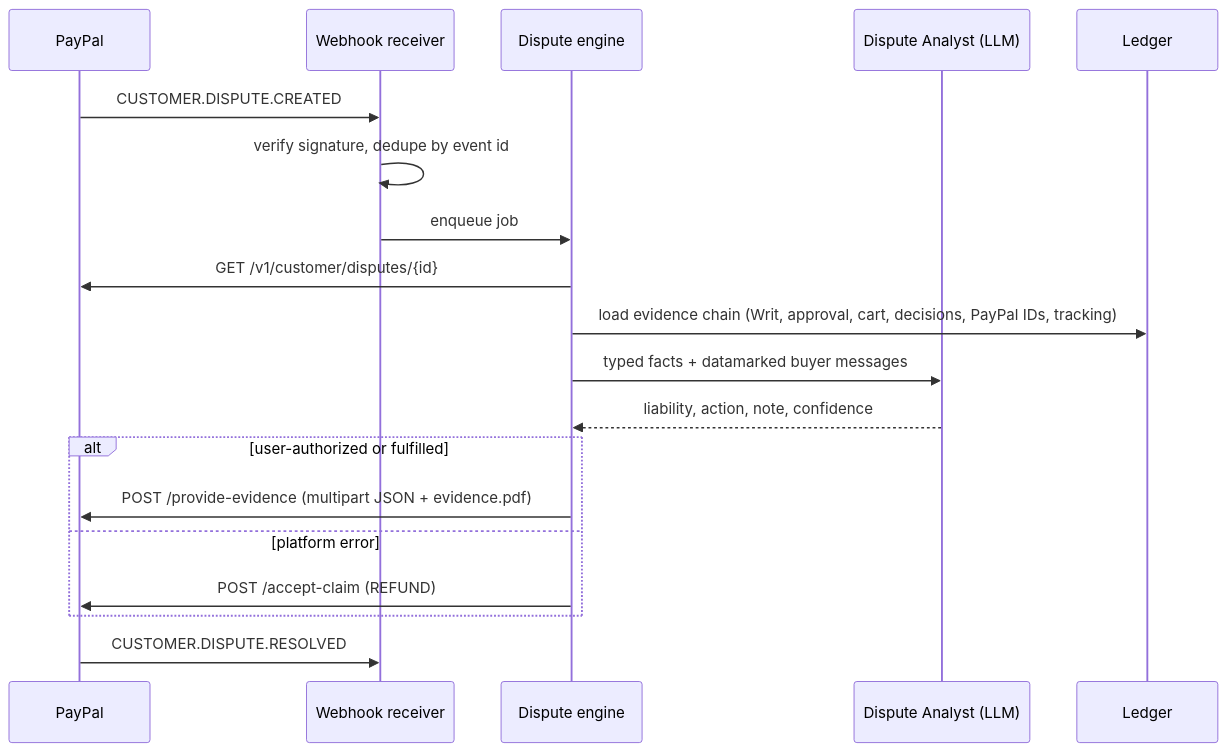
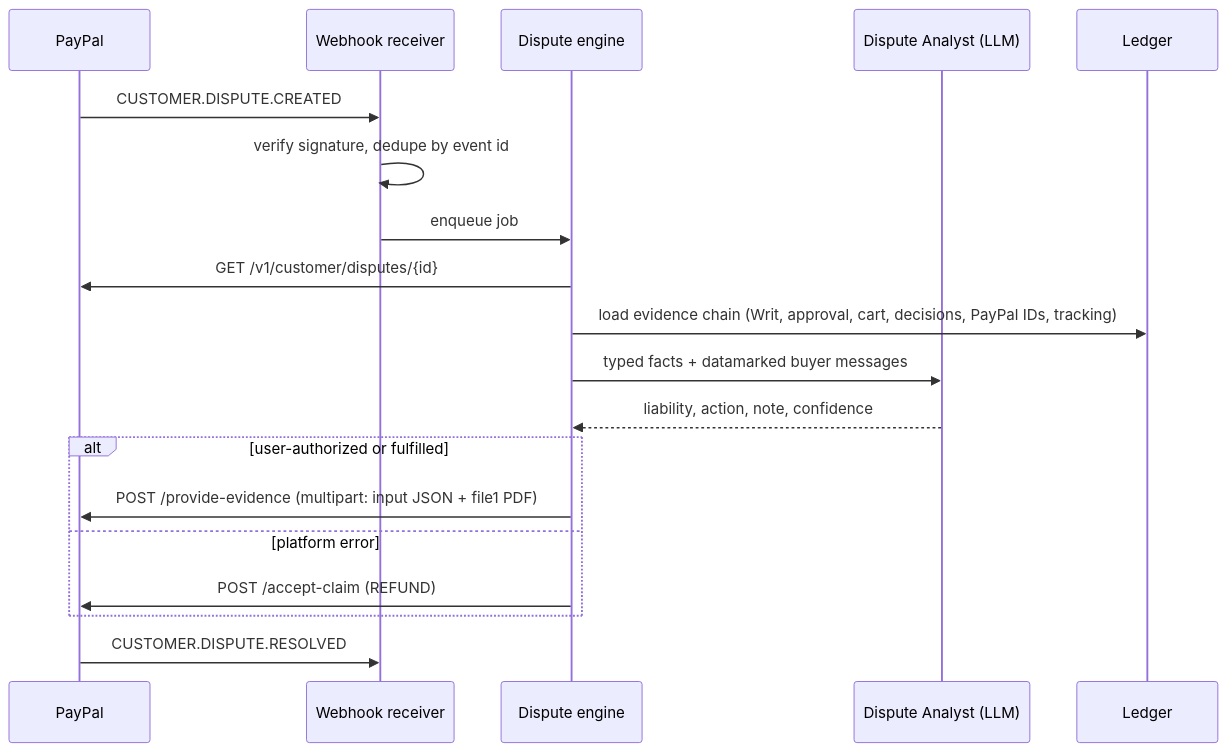
The fourth of 4 diagrams in plan.md (Gauravtiwari31/writ), drawn with Mermaid before and after one commit. The commit also changed other lines of this file and 4 other files, not shown here.

````diff
--- a/plan.md
+++ b/plan.md
@@ -338,21 +338,21 @@
 ```mermaid
 sequenceDiagram
   participant PP as PayPal
   participant WH as Webhook receiver
   participant D as Dispute engine
   participant A as Dispute Analyst (LLM)
   participant L as Ledger
   PP->>WH: CUSTOMER.DISPUTE.CREATED
   WH->>WH: verify signature, dedupe by event id
   WH->>D: enqueue job
   D->>PP: GET /v1/customer/disputes/{id}
   D->>L: load evidence chain (Writ, approval, cart, decisions, PayPal IDs, tracking)
   D->>A: typed facts + datamarked buyer messages
   A-->>D: liability, action, note, confidence
   alt user-authorized or fulfilled
-    D->>PP: POST /provide-evidence (multipart JSON + evidence.pdf)
+    D->>PP: POST /provide-evidence (multipart: input JSON + file1 PDF)
   else platform error
     D->>PP: POST /accept-claim (REFUND)
   end
   PP->>WH: CUSTOMER.DISPUTE.RESOLVED
 ```
````
